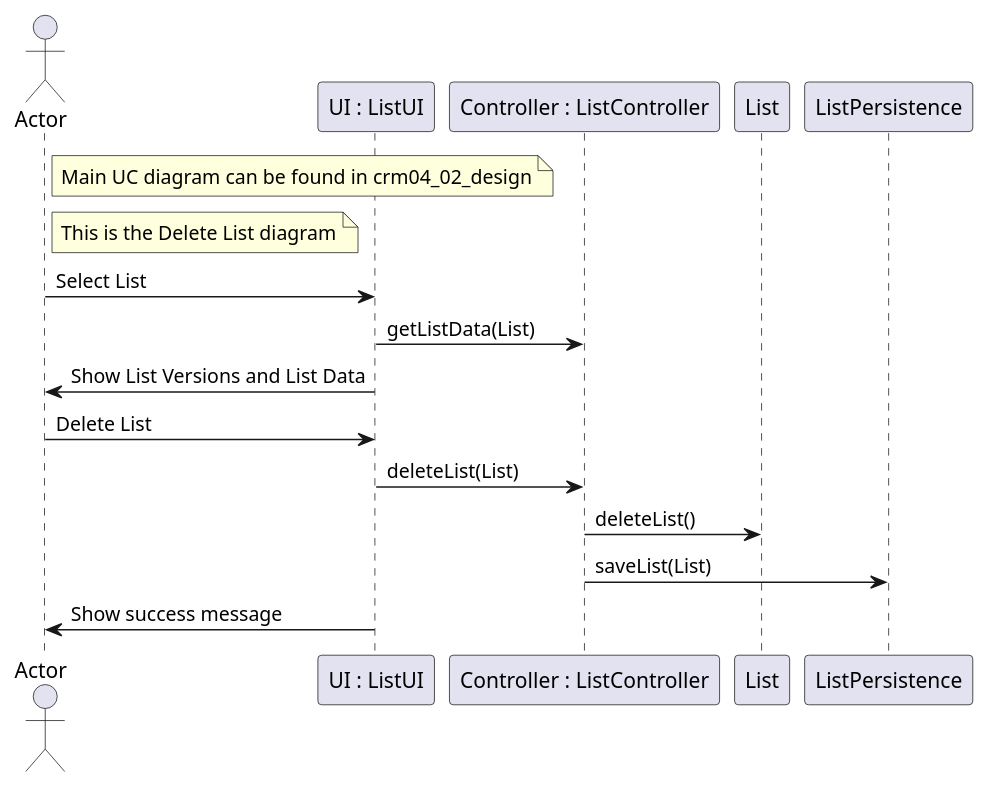
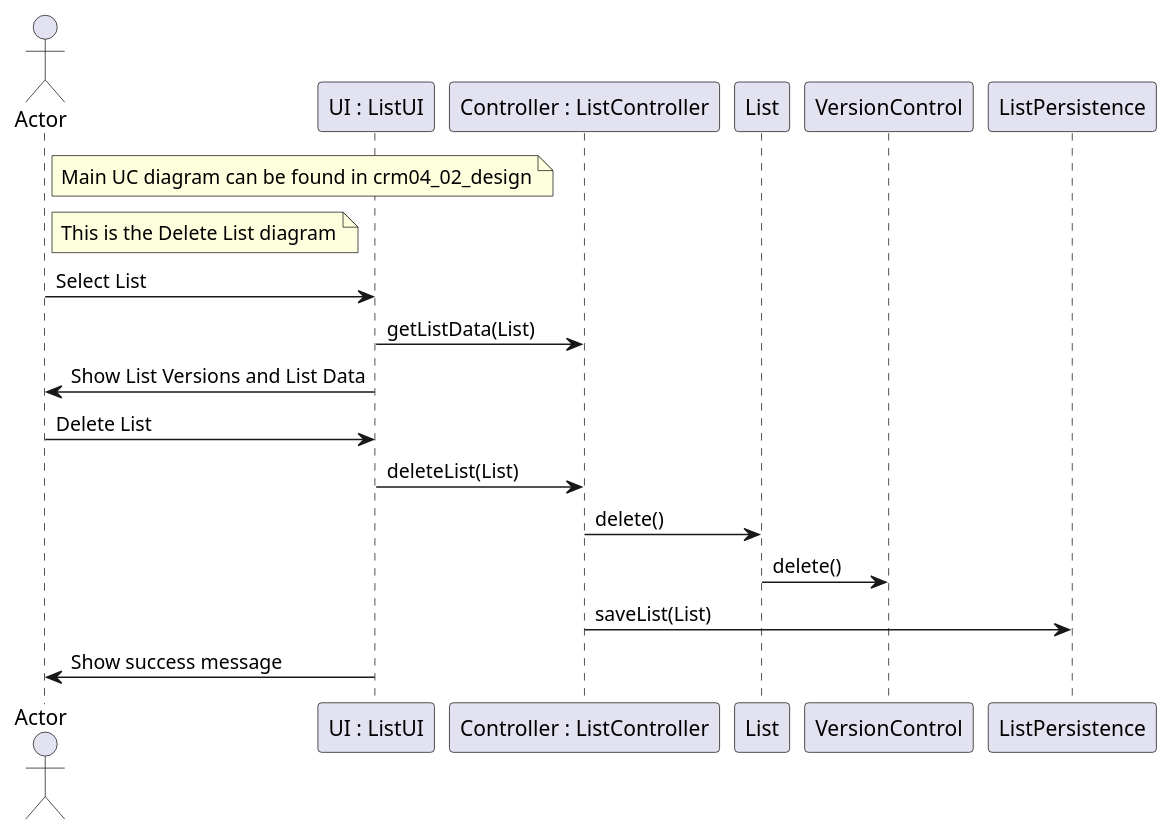
One commit to RubenTeixeira/cleansheets_isep_2dg_2016 changed the diagram in src/main/java/csheets/worklog/n1141071/sprint3/crm04_02_design_delete.puml. Above: the diagram before and after it, drawn with PlantUML. The commit also changed 3 other files, not shown here.

Commit message:
LPFOURDG-221 #comment Update diagrams.

```diff
--- a/src/main/java/csheets/worklog/n1141071/sprint3/crm04_02_design_delete.puml
+++ b/src/main/java/csheets/worklog/n1141071/sprint3/crm04_02_design_delete.puml
@@ -1,23 +1,25 @@
 @startuml doc-files/crm04_02_design_delete.png
 actor Actor
 
   participant "UI : ListUI" as UI 
   participant "Controller : ListController" as controller
   participant "List" as list
+  participant "VersionControl" as version
   participant "ListPersistence" as persistence
 
   note right of Actor
     Main UC diagram can be found in crm04_02_design
   end note 
   note right of Actor
     This is the Delete List diagram
   end note
   Actor -> UI : Select List
   UI -> controller : getListData(List)
   UI -> Actor : Show List Versions and List Data
   Actor -> UI : Delete List
   UI -> controller : deleteList(List)
-  controller -> list : deleteList()
+  controller -> list : delete()
+  list -> version : delete()
   controller -> persistence : saveList(List)
   UI -> Actor : Show success message
 @enduml
```
